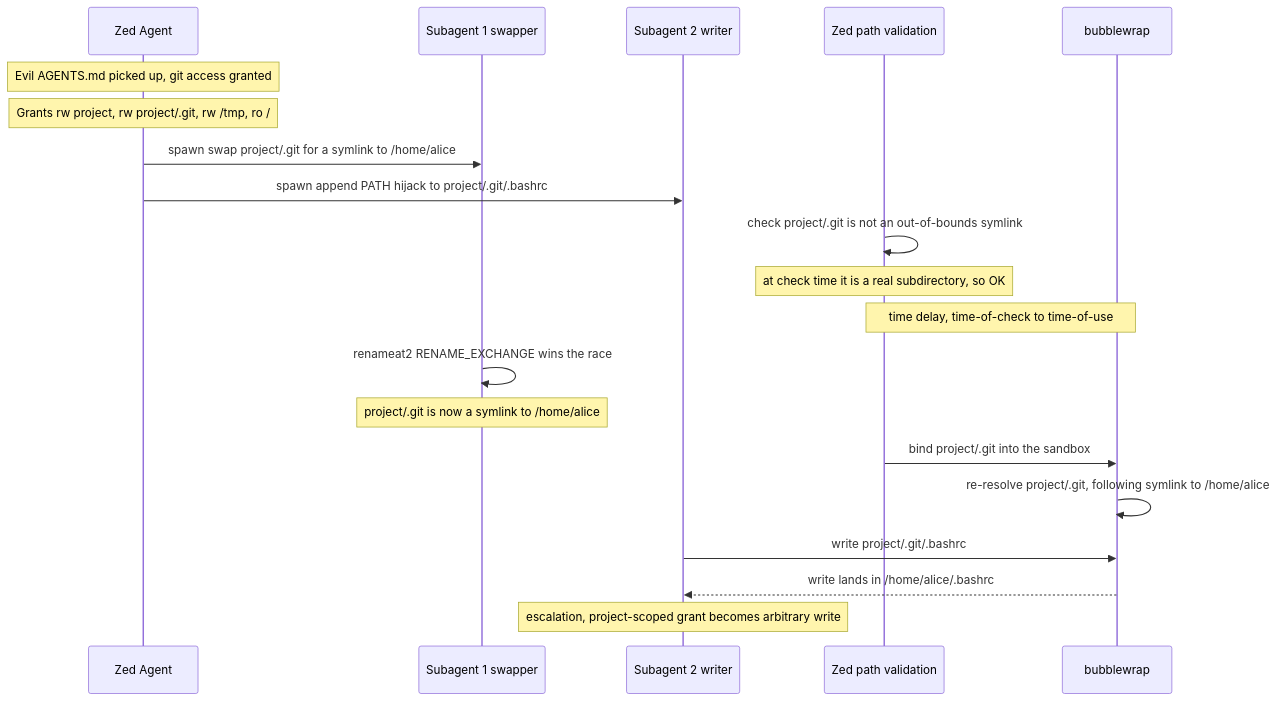
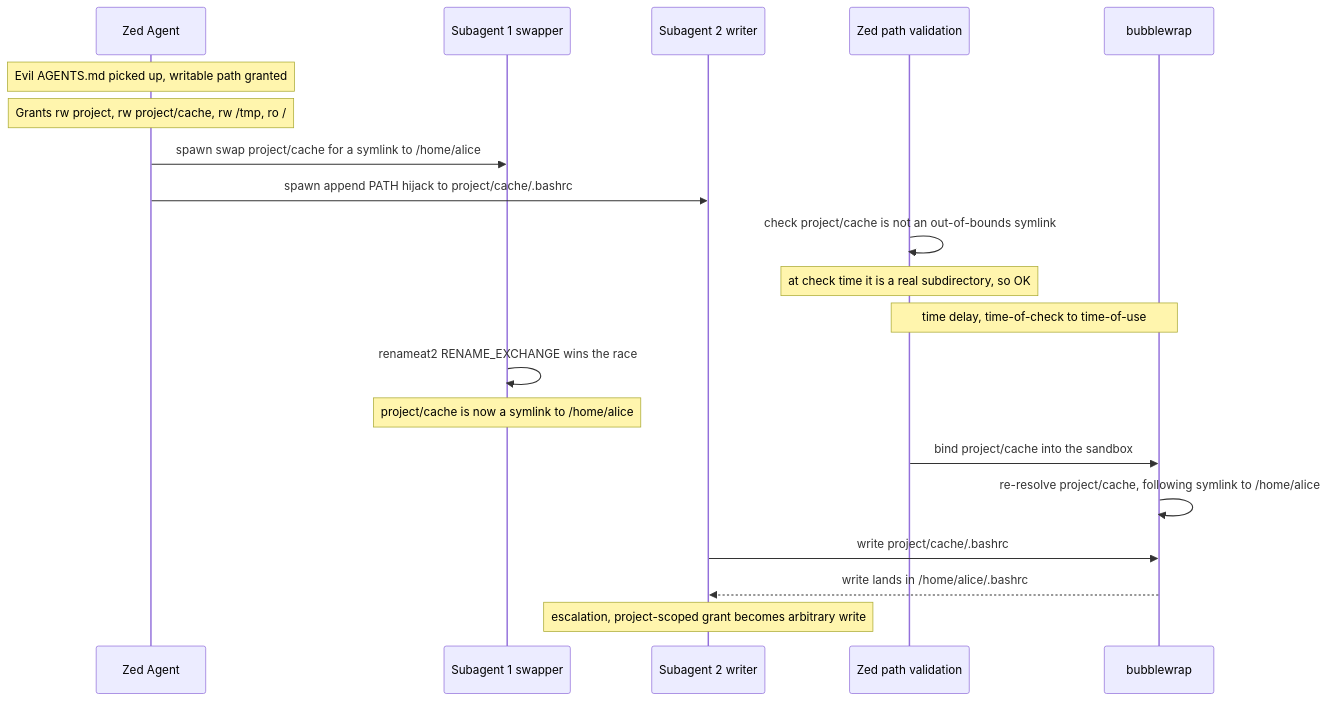
Before and after one commit to rxp200/zed-cn: the first of 2 diagrams in crates/sandbox/README.md, drawn with Mermaid. The commit also changed other lines of this file and 27 other files, not shown here.

````diff
--- a/crates/sandbox/README.md
+++ b/crates/sandbox/README.md
@@ -101,23 +108,23 @@
 ```mermaid
 sequenceDiagram
     participant Agent as Zed Agent
     participant S1 as Subagent 1 swapper
     participant S2 as Subagent 2 writer
     participant Zed as Zed path validation
     participant BW as bubblewrap
 
-    Note over Agent: Evil AGENTS.md picked up, git access granted
-    Note over Agent: Grants rw project, rw project/.git, rw /tmp, ro /
-    Agent->>S1: spawn swap project/.git for a symlink to /home/alice
-    Agent->>S2: spawn append PATH hijack to project/.git/.bashrc
-    Zed->>Zed: check project/.git is not an out-of-bounds symlink
+    Note over Agent: Evil AGENTS.md picked up, writable path granted
+    Note over Agent: Grants rw project, rw project/cache, rw /tmp, ro /
+    Agent->>S1: spawn swap project/cache for a symlink to /home/alice
+    Agent->>S2: spawn append PATH hijack to project/cache/.bashrc
+    Zed->>Zed: check project/cache is not an out-of-bounds symlink
     Note over Zed: at check time it is a real subdirectory, so OK
     Note over Zed,BW: time delay, time-of-check to time-of-use
     S1->>S1: renameat2 RENAME_EXCHANGE wins the race
-    Note over S1: project/.git is now a symlink to /home/alice
-    Zed->>BW: bind project/.git into the sandbox
-    BW->>BW: re-resolve project/.git, following symlink to /home/alice
-    S2->>BW: write project/.git/.bashrc
+    Note over S1: project/cache is now a symlink to /home/alice
+    Zed->>BW: bind project/cache into the sandbox
+    BW->>BW: re-resolve project/cache, following symlink to /home/alice
+    S2->>BW: write project/cache/.bashrc
     BW-->>S2: write lands in /home/alice/.bashrc
     Note over S2: escalation, project-scoped grant becomes arbitrary write
 ```
````
